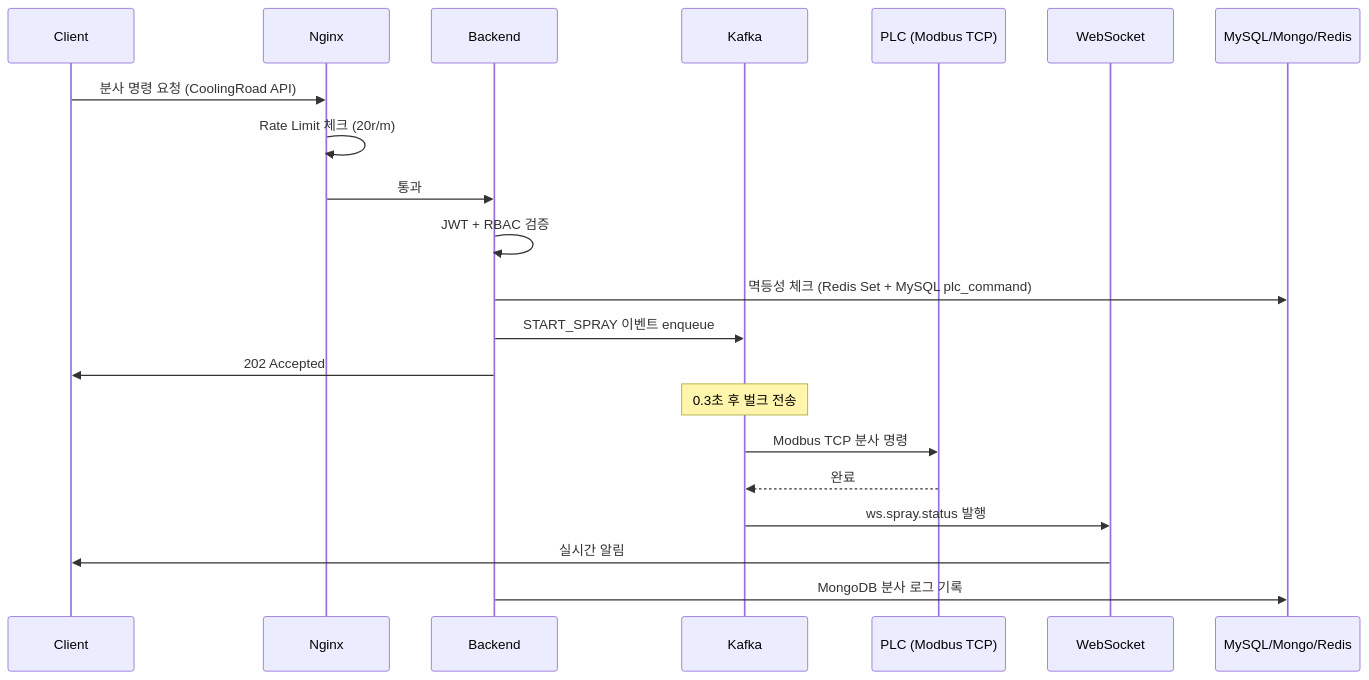
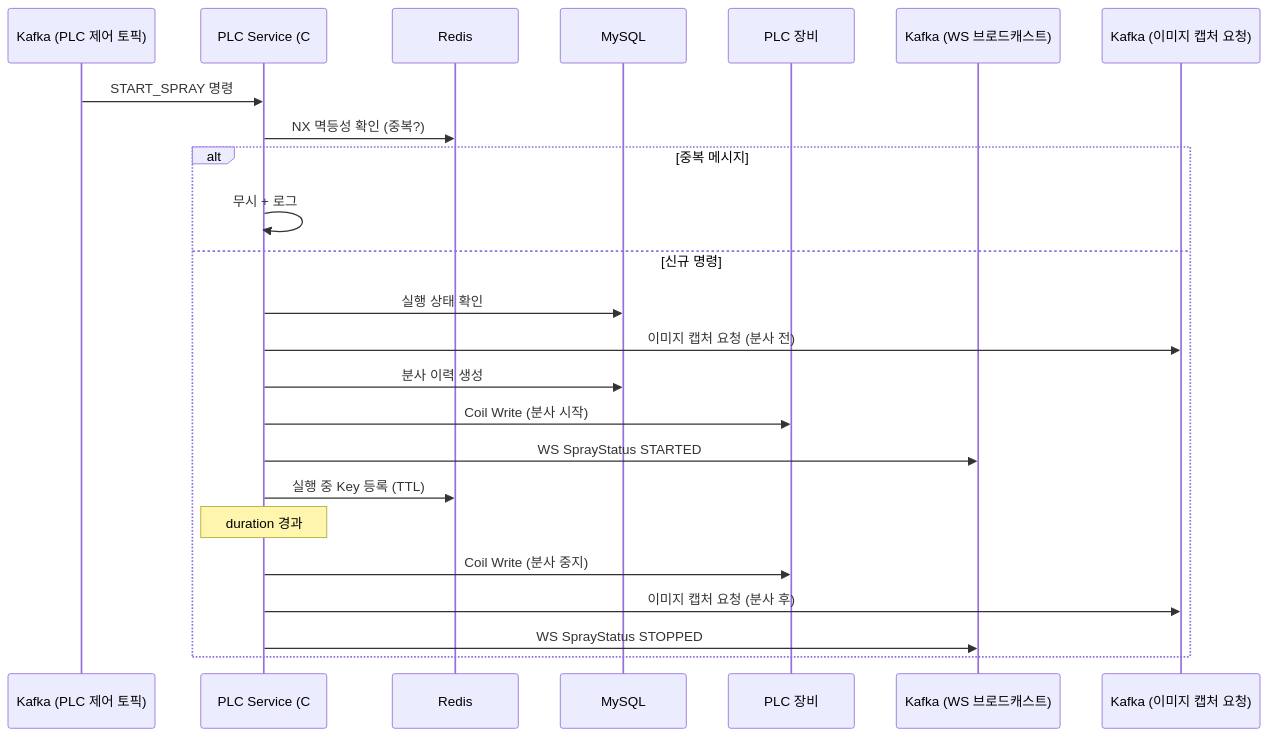
One commit to 1985jwlee/production-iot-backend changed the seventh of 16 diagrams in docs/ARCHITECTURE.md. Above: the diagram before and after it, drawn with Mermaid. The commit also changed other lines of this file and 11 other files, not shown here.

````diff
--- a/docs/ARCHITECTURE.md
+++ b/docs/ARCHITECTURE.md
@@ -198,24 +309,27 @@
 ```mermaid
 sequenceDiagram
-    participant C as Client
-    participant N as Nginx
-    participant B as Backend
-    participant K as Kafka
-    participant P as PLC (Modbus TCP)
-    participant WS as WebSocket
-    participant DB as MySQL/Mongo/Redis
+    participant K as Kafka (PLC 제어 토픽)
+    participant P as PLC Service (C#)
+    participant R as Redis
+    participant D as MySQL
+    participant MB as PLC 장비
+    participant K2 as Kafka (WS 브로드캐스트)
+    participant K3 as Kafka (이미지 캡처 요청)
 
-    C->>N: 분사 명령 요청 (CoolingRoad API)
-    N->>N: Rate Limit 체크 (20r/m)
-    N->>B: 통과
-    B->>B: JWT + RBAC 검증
-    B->>DB: 멱등성 체크 (Redis Set + MySQL plc_command)
-    B->>K: START_SPRAY 이벤트 enqueue
-    B->>C: 202 Accepted
-    Note over K: 0.3초 후 벌크 전송
-    K->>P: Modbus TCP 분사 명령
-    P-->>K: 완료
-    K->>WS: ws.spray.status 발행
-    WS->>C: 실시간 알림
-    B->>DB: MongoDB 분사 로그 기록
+    K->>P: START_SPRAY 명령
+    P->>R: NX 멱등성 확인 (중복?)
+    alt 중복 메시지
+        P->>P: 무시 + 로그
+    else 신규 명령
+        P->>D: 실행 상태 확인
+        P->>K3: 이미지 캡처 요청 (분사 전)
+        P->>D: 분사 이력 생성
+        P->>MB: Coil Write (분사 시작)
+        P->>K2: WS SprayStatus STARTED
+        P->>R: 실행 중 Key 등록 (TTL)
+        Note over P: duration 경과
+        P->>MB: Coil Write (분사 중지)
+        P->>K3: 이미지 캡처 요청 (분사 후)
+        P->>K2: WS SprayStatus STOPPED
+    end
 ```
````
